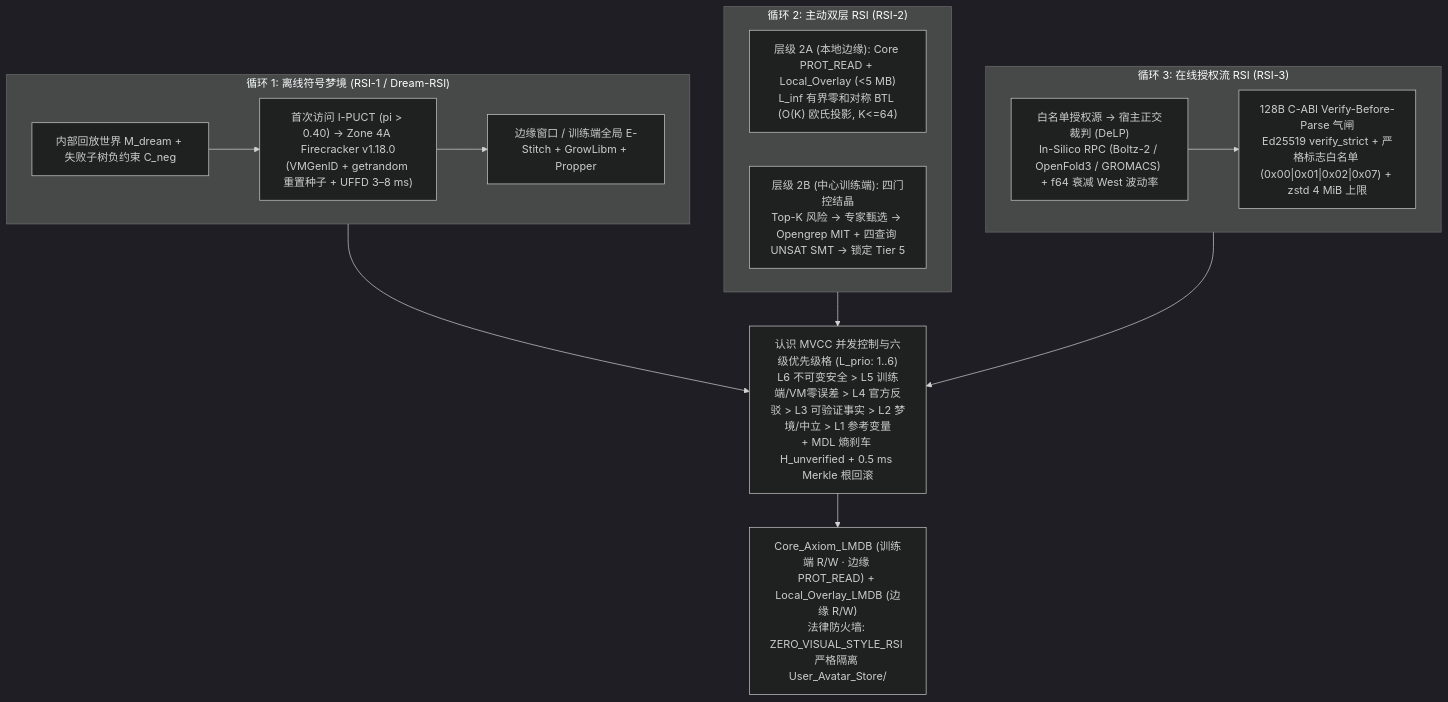
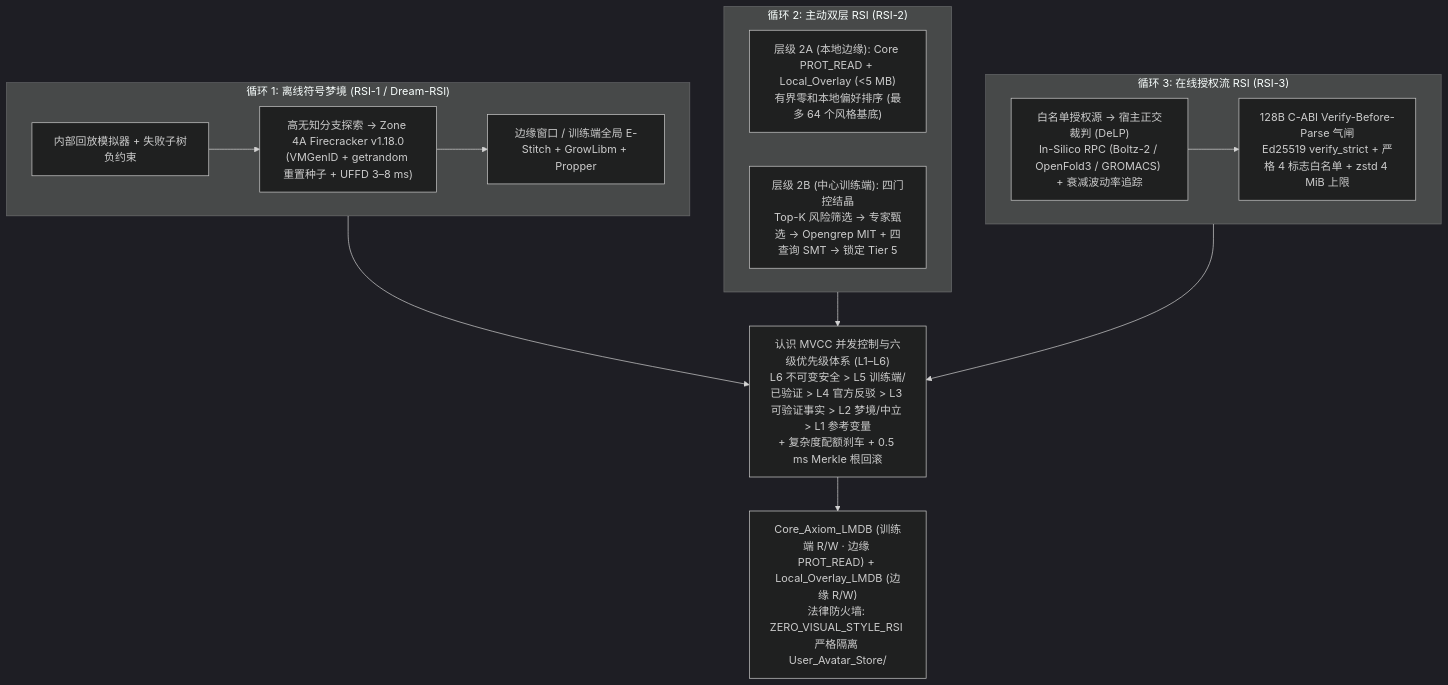
Diagram 16 of 16 in README.md (vuhoangquanhoctap-glitch/Takuma-1-Trinity), drawn with Mermaid (dark theme) before and after one commit. The commit also changed other lines of this file, not shown here.

````diff
--- a/README.md
+++ b/README.md
@@ -1084,25 +1132,25 @@
 ```mermaid
 flowchart TB
     subgraph L1["循环 1: 离线符号梦境 (RSI-1 / Dream-RSI)"]
-        D1["内部回放世界 M_dream + 失败子树负约束 C_neg"]
-        D2["首次访问 I-PUCT (pi > 0.40) -> Zone 4A Firecracker v1.18.0<br/>(VMGenID + getrandom 重置种子 + UFFD 3–8 ms)"]
+        D1["内部回放模拟器 + 失败子树负约束"]
+        D2["高无知分支探索 -> Zone 4A Firecracker v1.18.0<br/>(VMGenID + getrandom 重置种子 + UFFD 3–8 ms)"]
         D3["边缘窗口 / 训练端全局 E-Stitch + GrowLibm + Propper"]
         D1 --> D2 --> D3
     end
 
     subgraph L2["循环 2: 主动双层 RSI (RSI-2)"]
-        A1["层级 2A (本地边缘): Core PROT_READ + Local_Overlay (<5 MB)<br/>L_inf 有界零和对称 BTL (O(K) 欧氏投影, K<=64)"]
-        A2["层级 2B (中心训练端): 四门控结晶<br/>Top-K 风险 -> 专家甄选 -> Opengrep MIT + 四查询 UNSAT SMT -> 锁定 Tier 5"]
+        A1["层级 2A (本地边缘): Core PROT_READ + Local_Overlay (<5 MB)<br/>有界零和本地偏好排序 (最多 64 个风格基底)"]
+        A2["层级 2B (中心训练端): 四门控结晶<br/>Top-K 风险筛选 -> 专家甄选 -> Opengrep MIT + 四查询 SMT -> 锁定 Tier 5"]
     end
 
     subgraph L3["循环 3: 在线授权流 RSI (RSI-3)"]
-        O1["白名单授权源 -> 宿主正交裁判 (DeLP)<br/>In-Silico RPC (Boltz-2 / OpenFold3 / GROMACS) + f64 衰减 West 波动率"]
-        O2["128B C-ABI Verify-Before-Parse 气闸<br/>Ed25519 verify_strict + 严格标志白名单 (0x00|0x01|0x02|0x07) + zstd 4 MiB 上限"]
+        O1["白名单授权源 -> 宿主正交裁判 (DeLP)<br/>In-Silico RPC (Boltz-2 / OpenFold3 / GROMACS) + 衰减波动率追踪"]
+        O2["128B C-ABI Verify-Before-Parse 气闸<br/>Ed25519 verify_strict + 严格 4 标志白名单 + zstd 4 MiB 上限"]
         O1 --> O2
     end
 
-    L1 --> MVCC["认识 MVCC 并发控制与六级优先级格 (L_prio: 1..6)<br/>L6 不可变安全 > L5 训练端/VM零误差 > L4 官方反驳 > L3 可验证事实 > L2 梦境/中立 > L1 参考变量<br/>+ MDL 熵刹车 H_unverified + 0.5 ms Merkle 根回滚"]
+    L1 --> MVCC["认识 MVCC 并发控制与六级优先级体系 (L1–L6)<br/>L6 不可变安全 > L5 训练端/已验证 > L4 官方反驳 > L3 可验证事实 > L2 梦境/中立 > L1 参考变量<br/>+ 复杂度配额刹车 + 0.5 ms Merkle 根回滚"]
     L2 --> MVCC
     L3 --> MVCC
     MVCC --> DB["Core_Axiom_LMDB (训练端 R/W · 边缘 PROT_READ) + Local_Overlay_LMDB (边缘 R/W)<br/>法律防火墙: ZERO_VISUAL_STYLE_RSI 严格隔离 User_Avatar_Store/"]
 ```
````
